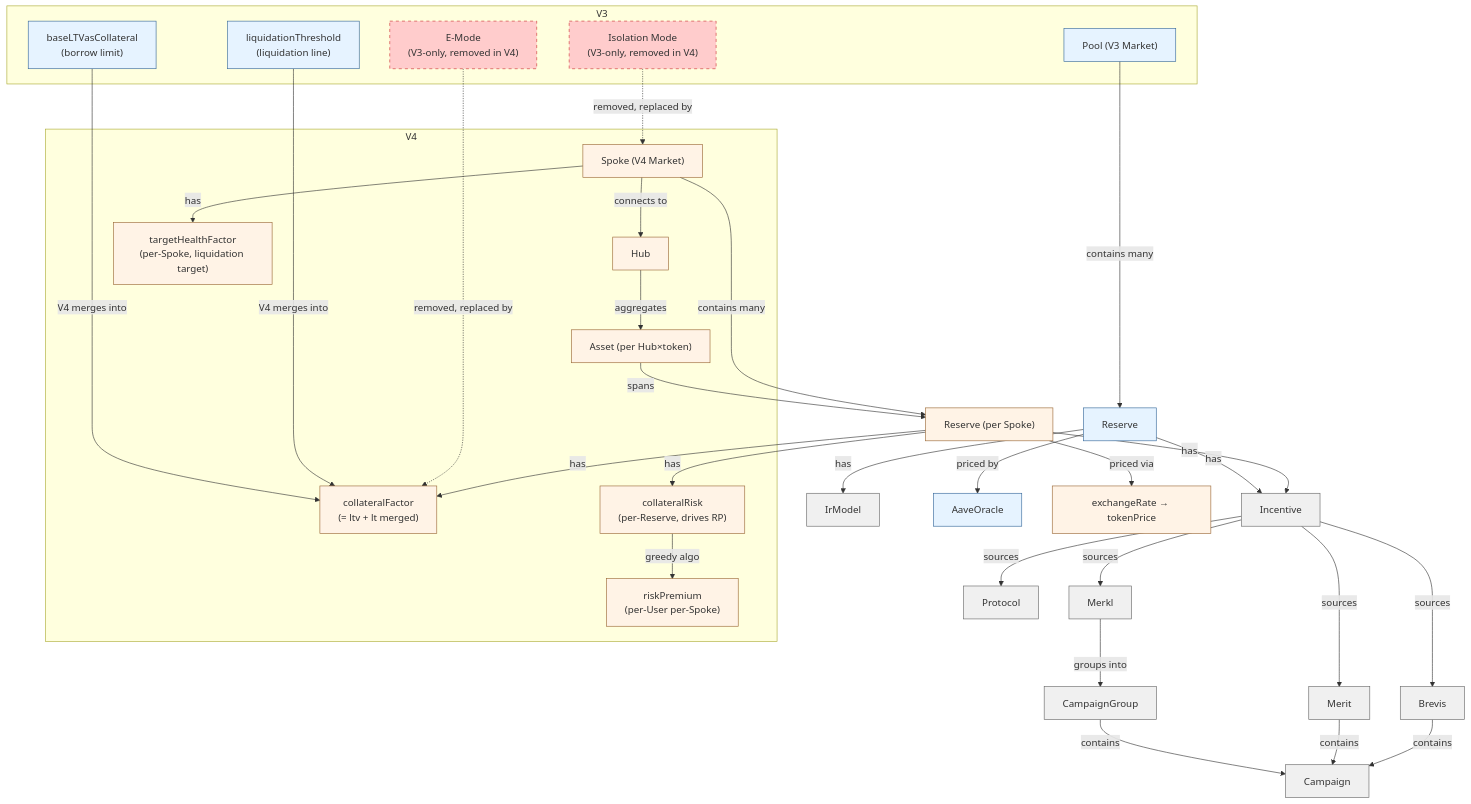
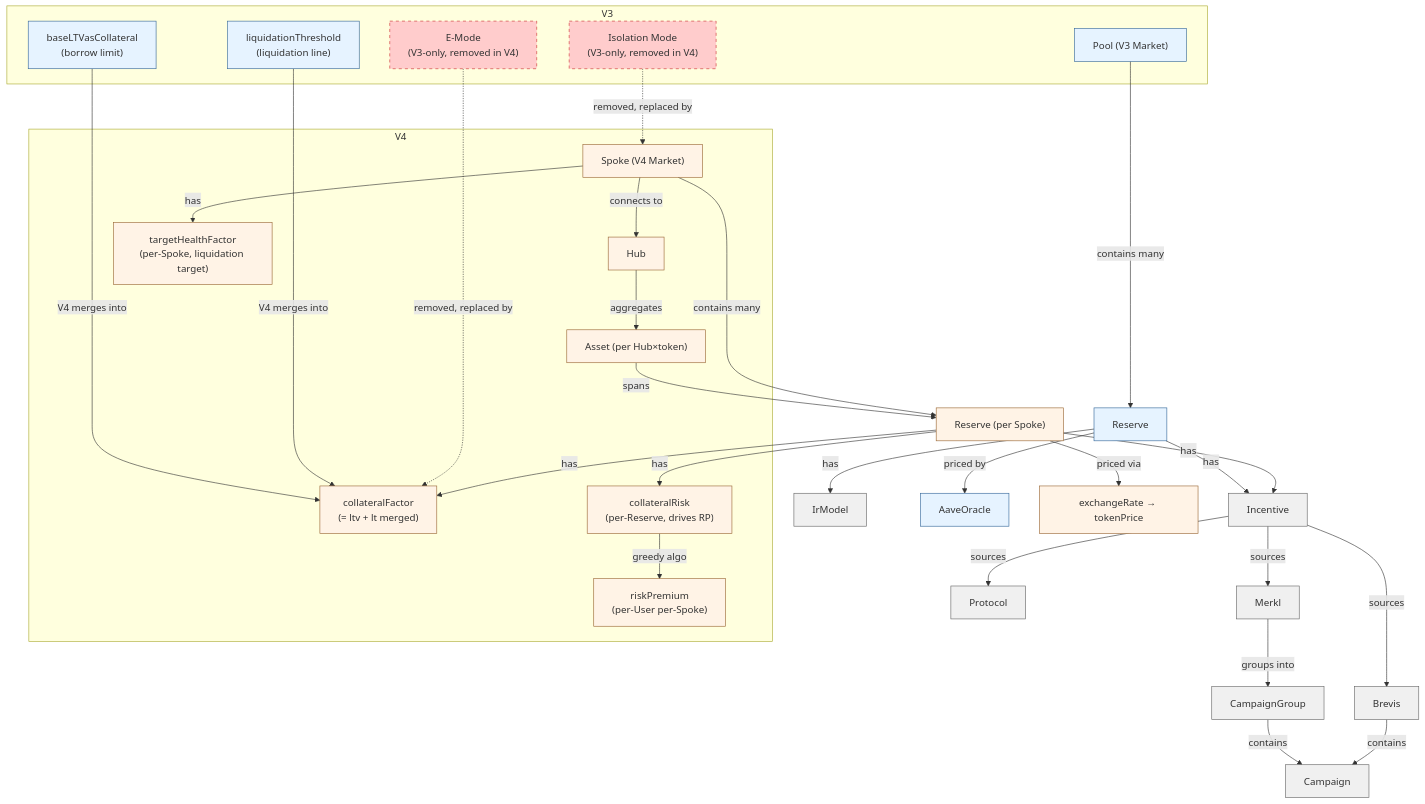
Before and after one commit to 0xPabloLI/aave-protocol-analysis: the diagram in CONTEXT.md, drawn with Mermaid. The commit also changed other lines of this file and 55 other files, not shown here.

````diff
--- a/CONTEXT.md
+++ b/CONTEXT.md
@@ -275,61 +271,59 @@
 ```mermaid
 graph TD
     subgraph V3
         Pool["Pool (V3 Market)"]
         LTV["baseLTVasCollateral<br/>(borrow limit)"]
         LT["liquidationThreshold<br/>(liquidation line)"]
         EMode["E-Mode<br/>(V3-only, removed in V4)"]
         IsoMode["Isolation Mode<br/>(V3-only, removed in V4)"]
     end
     subgraph V4
         Hub["Hub"]
         Spoke["Spoke (V4 Market)"]
         Asset["Asset (per Hub×token)"]
         CF["collateralFactor<br/>(= ltv + lt merged)"]
         CR["collateralRisk<br/>(per-Reserve, drives RP)"]
         RP["riskPremium<br/>(per-User per-Spoke)"]
         THF["targetHealthFactor<br/>(per-Spoke, liquidation target)"]
     end
 
     Pool -->|"contains many"| ReserveV3["Reserve"]
     Hub -->|"aggregates"| Asset
     Asset -->|"spans"| ReserveV4["Reserve (per Spoke)"]
     Spoke -->|"contains many"| ReserveV4
     Spoke -->|"connects to"| Hub
 
     LTV -->|"V4 merges into"| CF
     LT -->|"V4 merges into"| CF
     EMode -.->|"removed, replaced by"| CF
     IsoMode -.->|"removed, replaced by"| Spoke
 
     ReserveV4 -->|"has"| CF
     ReserveV4 -->|"has"| CR
     CR -->|"greedy algo"| RP
     Spoke -->|"has"| THF
 
     ReserveV3 -->|"has"| IrModel["IrModel"]
     ReserveV3 -->|"has"| Incentive["Incentive"]
     ReserveV4 -->|"has"| Incentive
 
     ReserveV3 -->|"priced by"| AaveOracle["AaveOracle"]
     ReserveV4 -->|"priced via"| ExchangeRate["exchangeRate → tokenPrice"]
 
     Incentive -->|"sources"| Protocol["Protocol"]
-    Incentive -->|"sources"| Merit["Merit"]
     Incentive -->|"sources"| Merkl["Merkl"]
     Incentive -->|"sources"| Brevis["Brevis"]
 
     Merkl -->|"groups into"| CampaignGroup["CampaignGroup"]
     CampaignGroup -->|"contains"| Campaign["Campaign"]
-    Merit -->|"contains"| Campaign
     Brevis -->|"contains"| Campaign
 
     classDef v3 fill:#e6f3ff,stroke:#336699
     classDef v4 fill:#fff3e6,stroke:#996633
     classDef shared fill:#f0f0f0,stroke:#666666
     classDef removed fill:#ffcccc,stroke:#cc3333,stroke-dasharray: 5 5
     class Pool,ReserveV3,AaveOracle,LTV,LT,EMode,IsoMode v3
     class Hub,Spoke,Asset,ReserveV4,ExchangeRate,CF,CR,RP,THF v4
     class IrModel,Incentive,Protocol,Merit,Merkl,Brevis,CampaignGroup,Campaign shared
     class EMode,IsoMode removed
 ```
````
